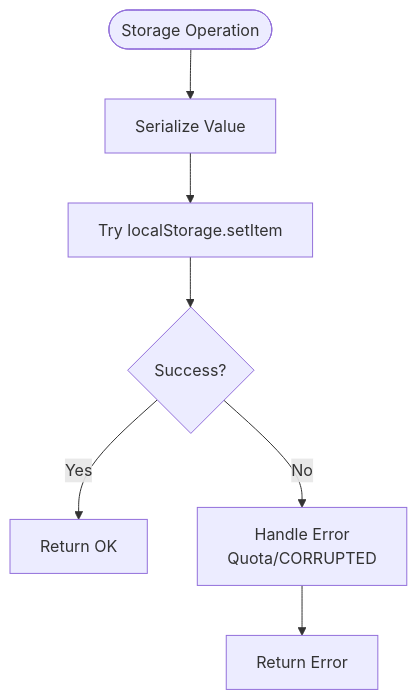
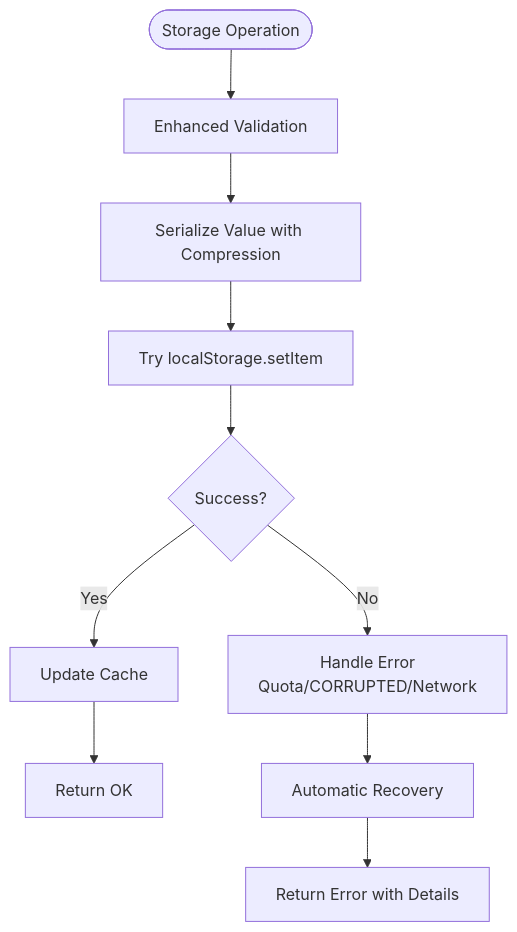
The sixth of 12 diagrams in .qoder/repowiki/en/content/Core Features/Job Application Management.md (zmyeo54/briefroom), drawn with Mermaid before and after one commit. The commit also changed other lines of this file and 37 other files, not shown here.

````diff
--- a/.qoder/repowiki/en/content/Core Features/Job Application Management.md
+++ b/.qoder/repowiki/en/content/Core Features/Job Application Management.md
@@ -313,9 +347,12 @@
 ```mermaid
 flowchart TD
-Entry(["Storage Operation"]) --> Serialize["Serialize Value"]
+Entry(["Storage Operation"]) --> Validate["Enhanced Validation"]
+Validate --> Serialize["Serialize Value with Compression"]
 Serialize --> TrySet["Try localStorage.setItem"]
 TrySet --> Success{"Success?"}
-Success --> |Yes| ReturnOK["Return OK"]
-Success --> |No| HandleErr["Handle Error<br/>Quota/CORRUPTED"]
-HandleErr --> ReturnErr["Return Error"]
+Success --> |Yes| CacheUpdate["Update Cache"]
+CacheUpdate --> ReturnOK["Return OK"]
+Success --> |No| HandleErr["Handle Error<br/>Quota/CORRUPTED/Network"]
+HandleErr --> Recovery["Automatic Recovery"]
+Recovery --> ReturnErr["Return Error with Details"]
 ```
````
